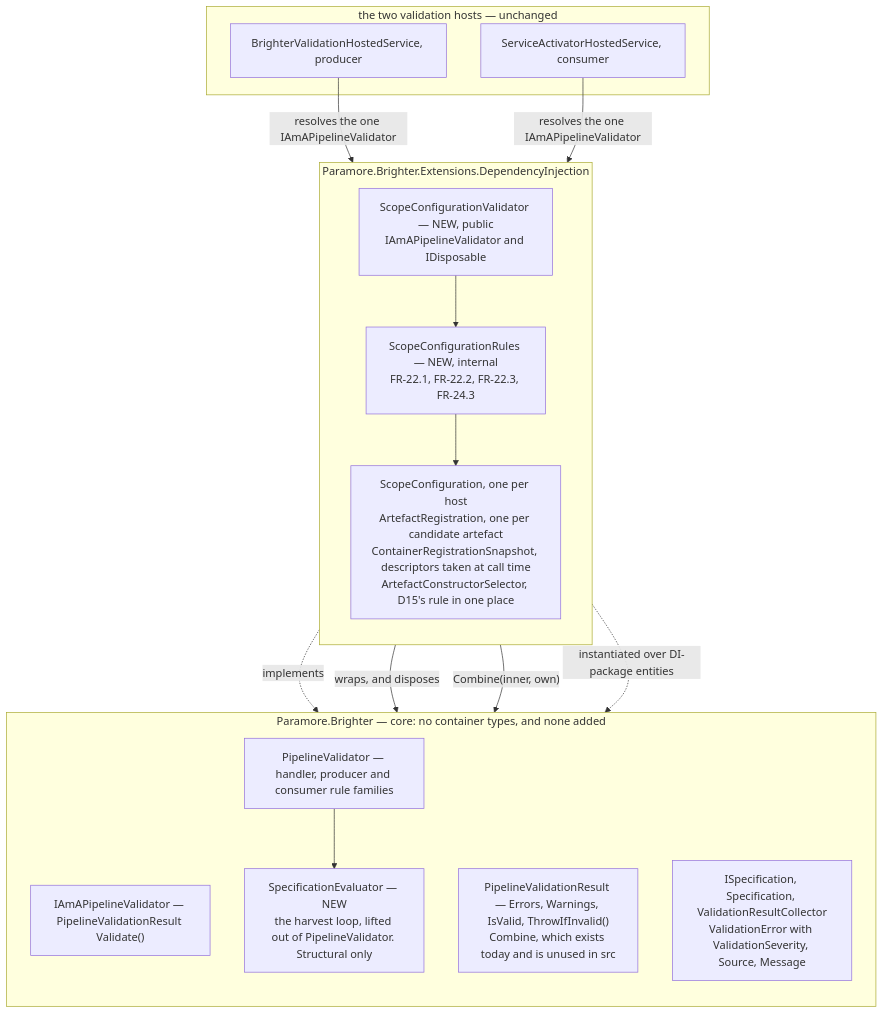
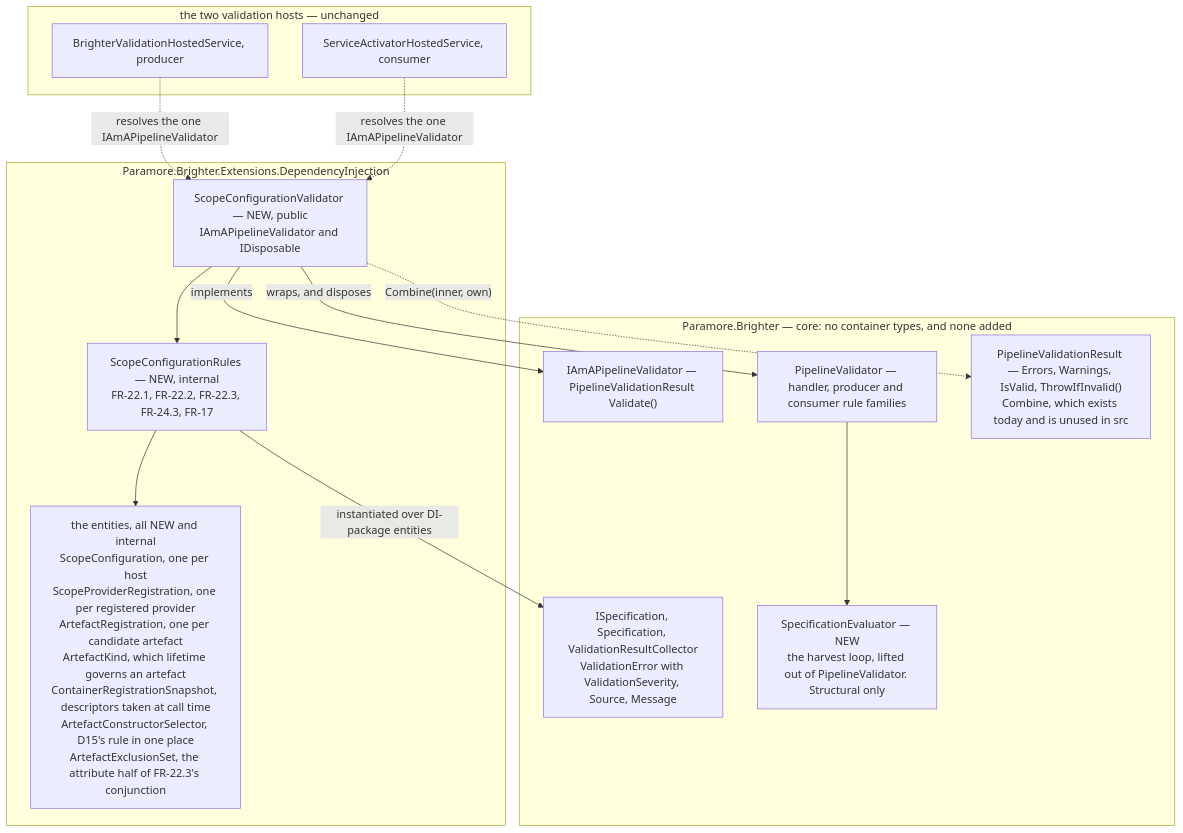
The second of 2 diagrams in docs/adr/0074-lifetime-validation-evaluation-site.md (BrighterCommand/Brighter), drawn with Mermaid before and after one commit. The commit also changed other lines of this file and 5 other files, not shown here.

````diff
--- a/docs/adr/0074-lifetime-validation-evaluation-site.md
+++ b/docs/adr/0074-lifetime-validation-evaluation-site.md
@@ -127,33 +151,31 @@
 ```mermaid
 flowchart TB
     subgraph core["Paramore.Brighter — core: no container types, and none added"]
-        direction TB
         iface["IAmAPipelineValidator — PipelineValidationResult Validate()"]
         pv["PipelineValidator — handler, producer and consumer rule families"]
         result["PipelineValidationResult — Errors, Warnings, IsValid, ThrowIfInvalid()<br/>Combine, which exists today and is unused in src"]
         specs["ISpecification, Specification, ValidationResultCollector<br/>ValidationError with ValidationSeverity, Source, Message"]
         eval["SpecificationEvaluator — NEW<br/>the harvest loop, lifted out of PipelineValidator. Structural only"]
         pv --> eval
     end
 
     subgraph di["Paramore.Brighter.Extensions.DependencyInjection"]
-        direction TB
         dec["ScopeConfigurationValidator — NEW, public<br/>IAmAPipelineValidator and IDisposable"]
-        rules["ScopeConfigurationRules — NEW, internal<br/>FR-22.1, FR-22.2, FR-22.3, FR-24.3"]
-        ents["ScopeConfiguration, one per host<br/>ArtefactRegistration, one per candidate artefact<br/>ContainerRegistrationSnapshot, descriptors taken at call time<br/>ArtefactConstructorSelector, D15's rule in one place"]
+        rules["ScopeConfigurationRules — NEW, internal<br/>FR-22.1, FR-22.2, FR-22.3, FR-24.3, FR-17"]
+        ents["the entities, all NEW and internal<br/>ScopeConfiguration, one per host<br/>ScopeProviderRegistration, one per registered provider<br/>ArtefactRegistration, one per candidate artefact<br/>ArtefactKind, which lifetime governs an artefact<br/>ContainerRegistrationSnapshot, descriptors taken at call time<br/>ArtefactConstructorSelector, D15's rule in one place<br/>ArtefactExclusionSet, the attribute half of FR-22.3's conjunction"]
         dec --> rules
         rules --> ents
     end
 
     subgraph hosts["the two validation hosts — unchanged"]
         h1["BrighterValidationHostedService, producer"]
         h2["ServiceActivatorHostedService, consumer"]
     end
 
-    dec -. "implements" .-> iface
+    dec -- "implements" --> iface
     dec -- "wraps, and disposes" --> pv
-    dec -- "Combine(inner, own)" --> result
-    rules -. "instantiated over DI-package entities" .-> specs
-    h1 -- "resolves the one IAmAPipelineValidator" --> dec
-    h2 -- "resolves the one IAmAPipelineValidator" --> dec
+    dec -. "Combine(inner, own)" .-> result
+    rules -- "instantiated over DI-package entities" --> specs
+    h1 -. "resolves the one IAmAPipelineValidator" .-> dec
+    h2 -. "resolves the one IAmAPipelineValidator" .-> dec
 ```
````
